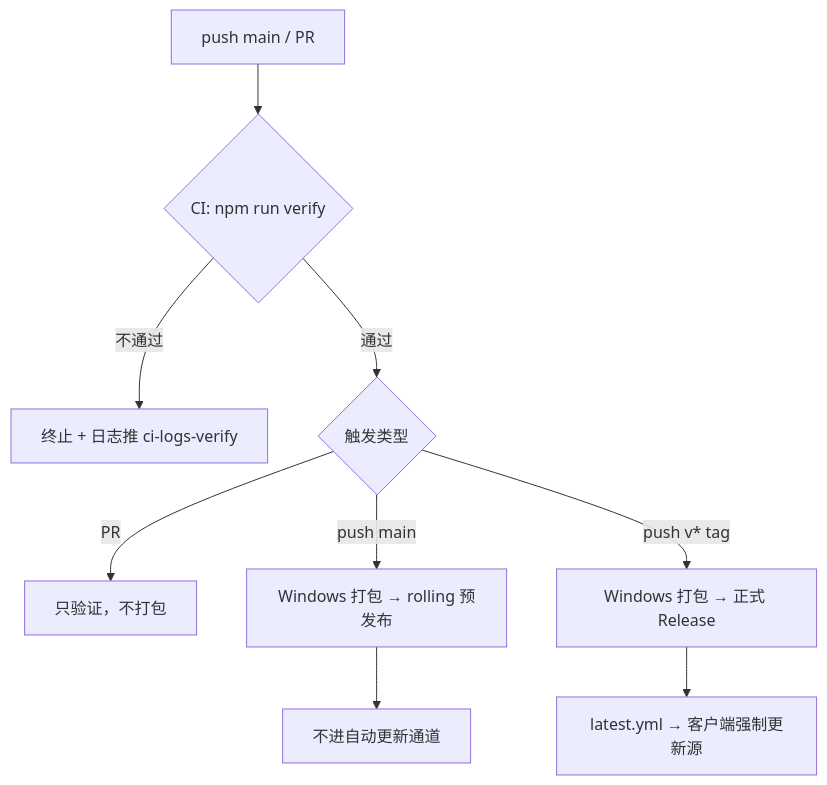
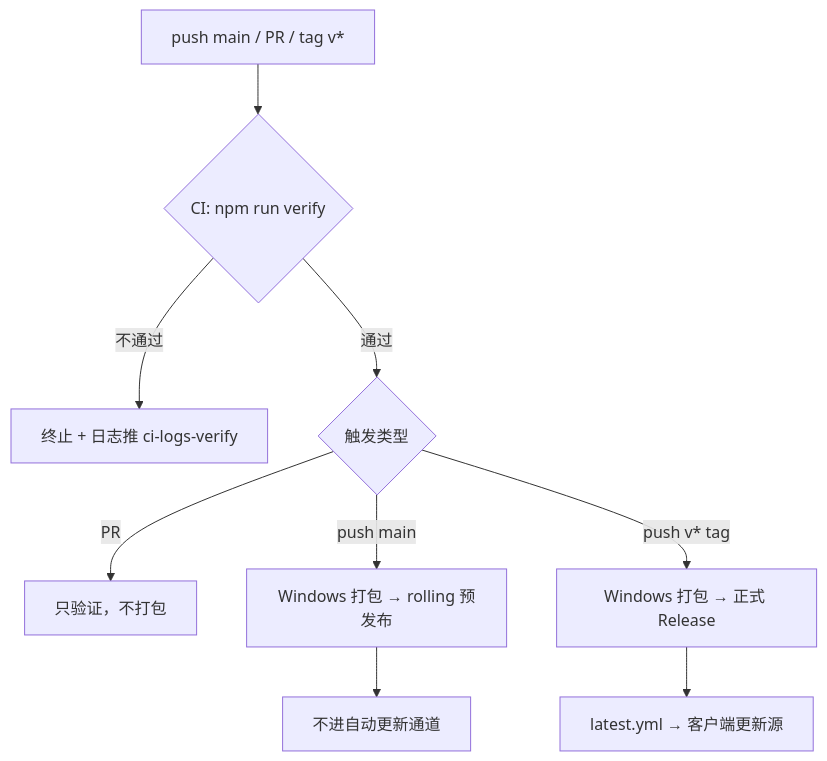
One commit to mr-awei/youyouvault changed the third of 3 diagrams in README.md. Above: the diagram before and after it, drawn with Mermaid. The commit also changed other lines of this file and 44 other files, not shown here.

````diff
--- a/README.md
+++ b/README.md
@@ -539,11 +370,11 @@
 ```mermaid
 flowchart TB
-    A[push main / PR] --> B{CI: npm run verify}
+    A[push main / PR / tag v*] --> B{CI: npm run verify}
     B -->|不通过| C[终止 + 日志推 ci-logs-verify]
     B -->|通过| D{触发类型}
     D -->|PR| E[只验证，不打包]
     D -->|push main| F[Windows 打包 → rolling 预发布]
     D -->|push v* tag| G[Windows 打包 → 正式 Release]
     F --> H[不进自动更新通道]
-    G --> I[latest.yml → 客户端强制更新源]
+    G --> I[latest.yml → 客户端更新源]
 ```
````
